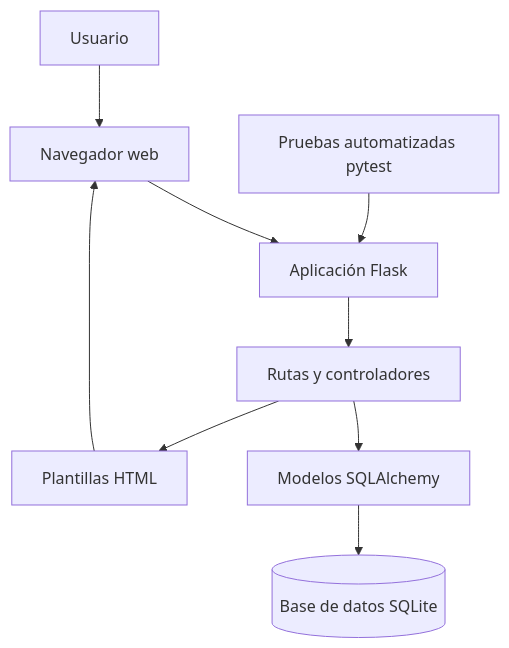
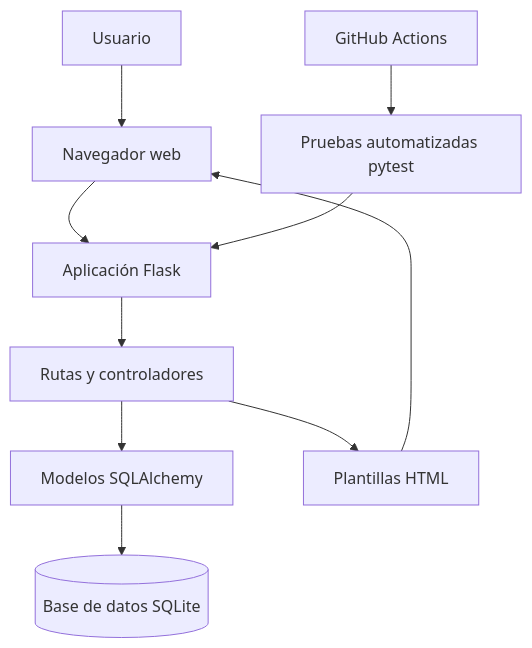
One commit to armandovillanuevar07/ManteniSoft changed the diagram in docs/arquitectura.md. Above: the diagram before and after it, drawn with Mermaid. The commit also changed other lines of this file and 2 other files, not shown here.

````diff
--- a/docs/arquitectura.md
+++ b/docs/arquitectura.md
@@ -10,13 +11,12 @@
 ```mermaid
 flowchart TD
     A[Usuario] --> B[Navegador web]
     B --> C[Aplicación Flask]
     C --> D[Rutas y controladores]
     D --> E[Modelos SQLAlchemy]
     E --> F[(Base de datos SQLite)]
-
     D --> G[Plantillas HTML]
     G --> B
-
     H[Pruebas automatizadas pytest] --> C
+    I[GitHub Actions] --> H
 ```
````
